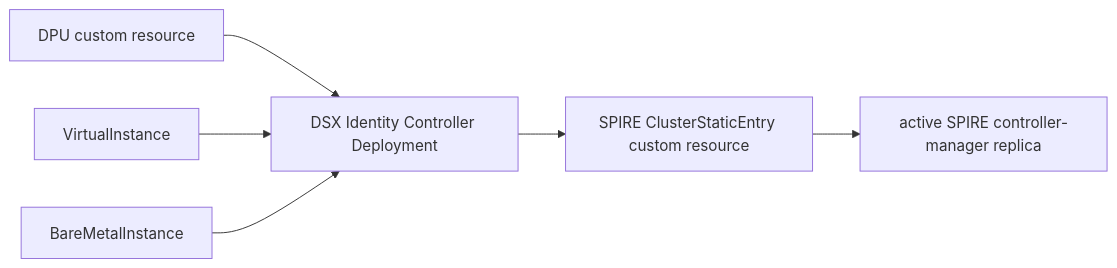
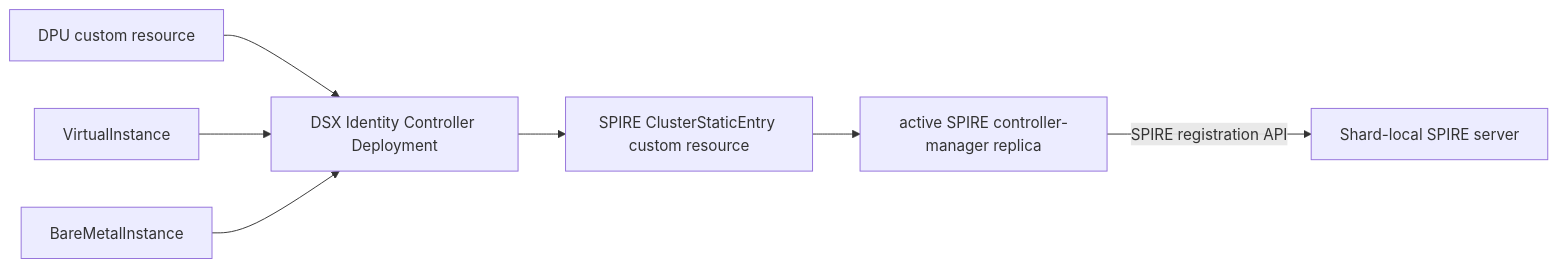
Before and after one commit to dsx-ai-factory/nvidia-workload-identity: the diagram in cmd/dsx-identity-controller/README.md, drawn with Mermaid. The commit also changed 1 other file, not shown here.

Commit message:
fix(NO-REF): correct README identity diagrams

````diff
--- a/cmd/dsx-identity-controller/README.md
+++ b/cmd/dsx-identity-controller/README.md
@@ -28,8 +28,9 @@
 ```mermaid
 flowchart LR
     DPU["DPU custom resource"] --> Controller["DSX Identity Controller Deployment"]
     VI["VirtualInstance"] --> Controller
     BMI["BareMetalInstance"] --> Controller
     Controller --> Entry["SPIRE ClusterStaticEntry custom resource"]
     Entry --> Manager["active SPIRE controller-manager replica"]
+    Manager -->|"SPIRE registration API"| Server["Shard-local SPIRE server"]
 ```
````
